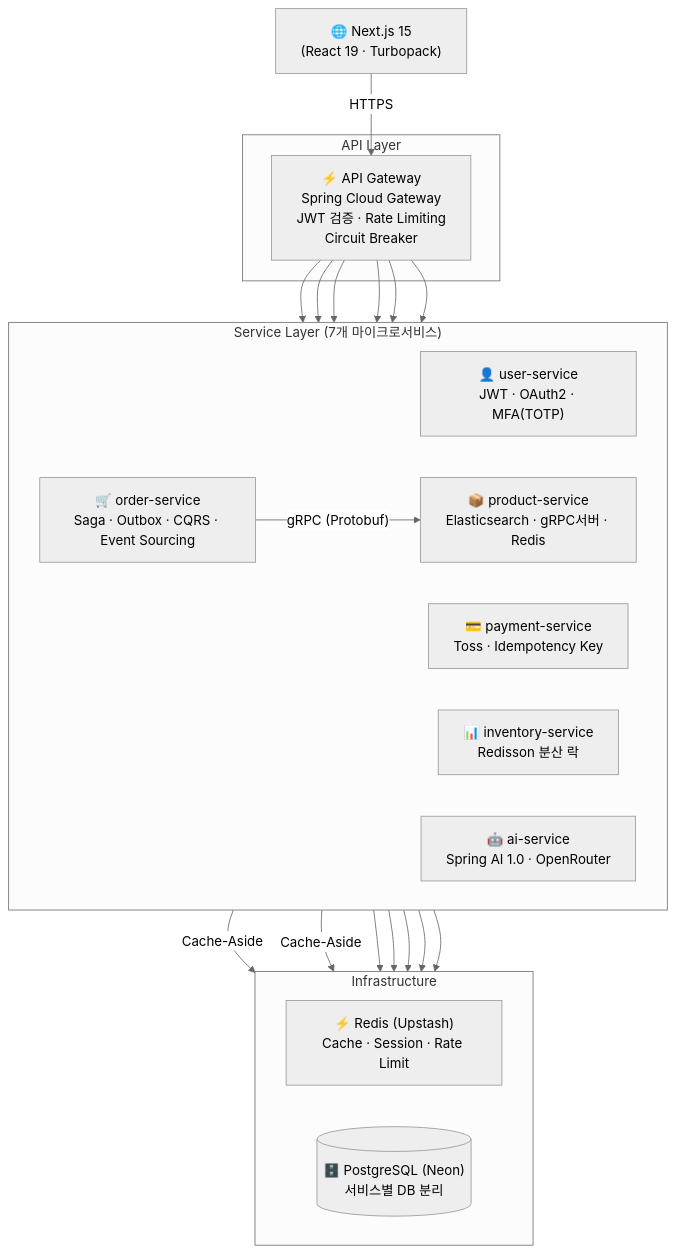
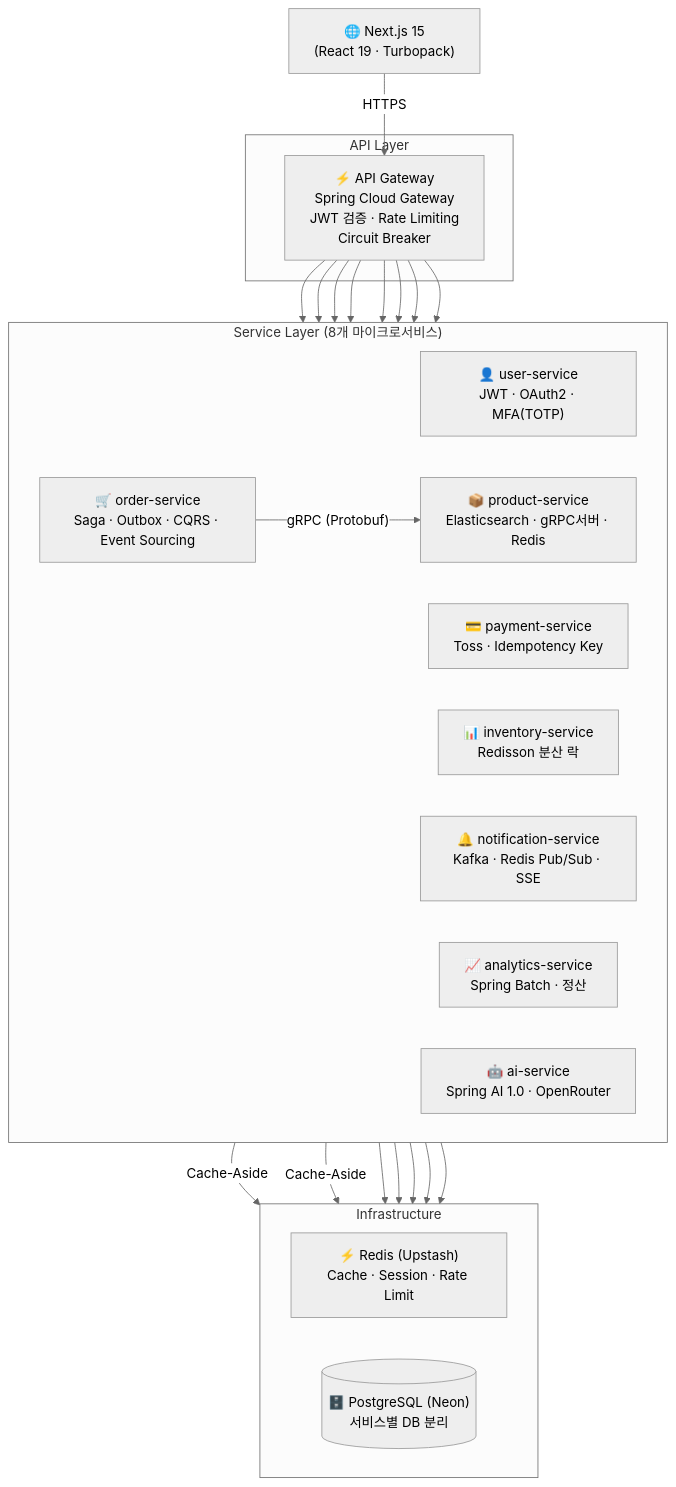
Before and after one commit to N-78-bot/livemart-msa-ecommerce: the diagram in README.md, drawn with Mermaid (neutral theme). The commit also changed other lines of this file and 13 other files, not shown here.

````diff
--- a/README.md
+++ b/README.md
@@ -31,30 +30,32 @@
 ```mermaid
 graph TB
     Client["🌐 Next.js 15<br/>(React 19 · Turbopack)"]
 
     subgraph GW["API Layer"]
         Gateway["⚡ API Gateway<br/>Spring Cloud Gateway<br/>JWT 검증 · Rate Limiting<br/>Circuit Breaker"]
     end
 
-    subgraph SVC["Service Layer (7개 마이크로서비스)"]
+    subgraph SVC["Service Layer (8개 마이크로서비스)"]
         direction LR
         US["👤 user-service<br/>JWT · OAuth2 · MFA(TOTP)"]
         PS["📦 product-service<br/>Elasticsearch · gRPC서버 · Redis"]
         OS["🛒 order-service<br/>Saga · Outbox · CQRS · Event Sourcing"]
         PAY["💳 payment-service<br/>Toss · Idempotency Key"]
         INV["📊 inventory-service<br/>Redisson 분산 락"]
+        NS["🔔 notification-service<br/>Kafka · Redis Pub/Sub · SSE"]
+        AN["📈 analytics-service<br/>Spring Batch · 정산"]
         AI["🤖 ai-service<br/>Spring AI 1.0 · OpenRouter"]
     end
 
     subgraph INFRA["Infrastructure"]
         direction LR
         RD["⚡ Redis (Upstash)<br/>Cache · Session · Rate Limit"]
         PG[("🗄️ PostgreSQL (Neon)<br/>서비스별 DB 분리")]
     end
 
     Client -->|"HTTPS"| Gateway
-    Gateway --> US & PS & OS & PAY & INV & AI
+    Gateway --> US & PS & OS & PAY & INV & NS & AN & AI
     OS -->|"gRPC (Protobuf)"| PS
     PS & US -->|"Cache-Aside"| RD
     US & PS & OS & PAY & INV --> PG
 ```
````
